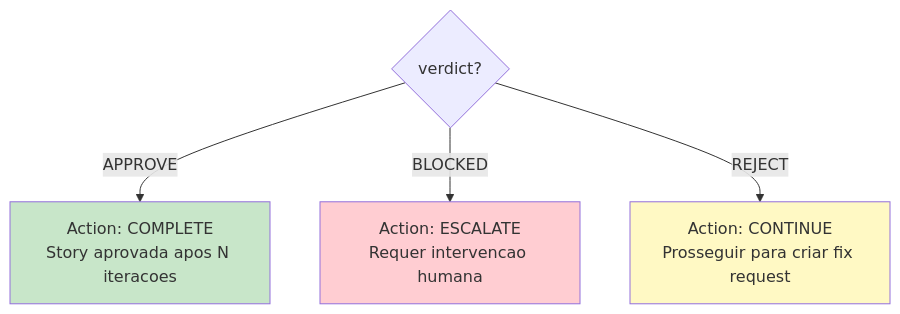
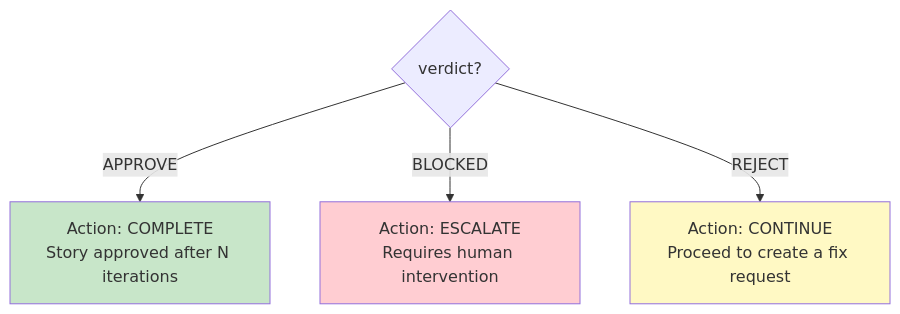
One commit to CyryxLabs/AEXOS changed the fourth of 10 diagrams in docs/guides/workflows/QA-LOOP-WORKFLOW.md. Above: the diagram before and after it, drawn with Mermaid. The commit also changed other lines of this file and 528 other files, not shown here.

````diff
--- a/docs/guides/workflows/QA-LOOP-WORKFLOW.md
+++ b/docs/guides/workflows/QA-LOOP-WORKFLOW.md
@@ -273,12 +273,12 @@
 ```mermaid
 flowchart TD
     V{"verdict?"}
 
-    V -->|"APPROVE"| A["Action: COMPLETE<br/>Story aprovada apos N iteracoes"]
-    V -->|"BLOCKED"| B["Action: ESCALATE<br/>Requer intervencao humana"]
-    V -->|"REJECT"| C["Action: CONTINUE<br/>Prosseguir para criar fix request"]
+    V -->|"APPROVE"| A["Action: COMPLETE<br/>Story approved after N iterations"]
+    V -->|"BLOCKED"| B["Action: ESCALATE<br/>Requires human intervention"]
+    V -->|"REJECT"| C["Action: CONTINUE<br/>Proceed to create a fix request"]
 
     style A fill:#c8e6c9
     style B fill:#ffcdd2
     style C fill:#fff9c4
 ```
````
